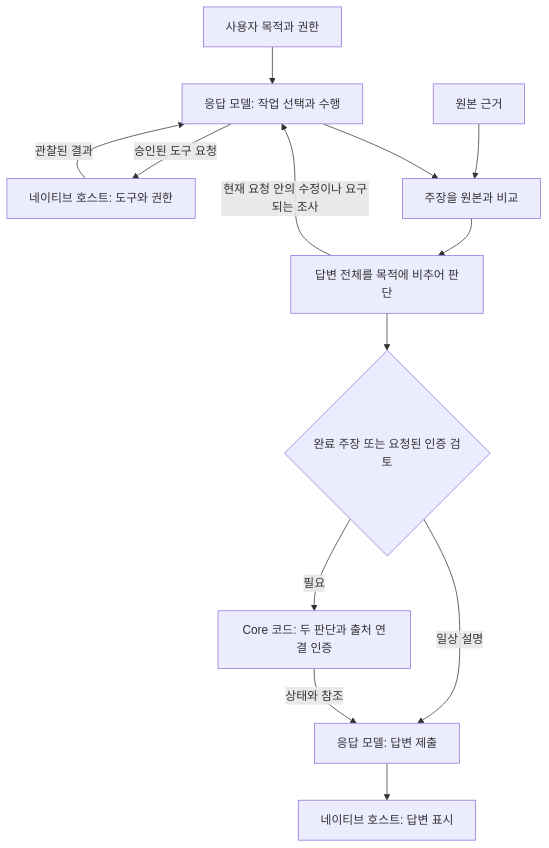
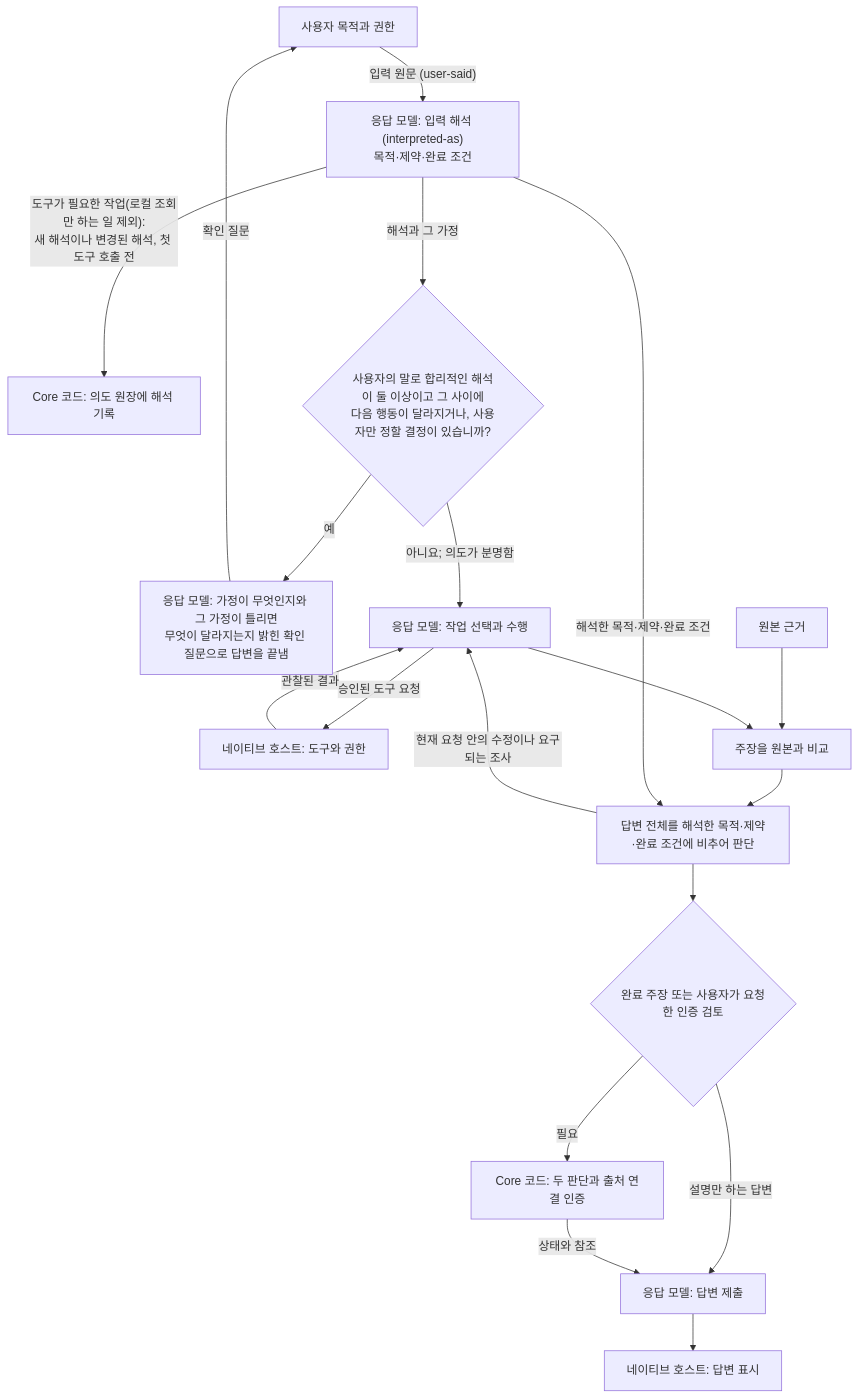
Before and after one commit to AidALL/ghost-alice: the second of 6 diagrams in architecture_ko.md, drawn with Mermaid. The commit also changed other lines of this file and 12 other files, not shown here.

````diff
--- a/architecture_ko.md
+++ b/architecture_ko.md
@@ -49,15 +49,21 @@
 ```mermaid
 flowchart TD
-  U["사용자 목적과 권한"] --> M["응답 모델: 작업 선택과 수행"]
+  U["사용자 목적과 권한"] -->|"입력 원문 (user-said)"| I["응답 모델: 입력 해석 (interpreted-as)<br/>목적·제약·완료 조건"]
+  I -->|"도구가 필요한 작업(로컬 조회만 하는 일 제외):<br/>새 해석이나 변경된 해석, 첫 도구 호출 전"| L["Core 코드: 의도 원장에 해석 기록"]
+  I -->|해석과 그 가정| Q{"사용자의 말로 합리적인 해석이 둘 이상이고 그 사이에<br/>다음 행동이 달라지거나, 사용자만 정할 결정이 있습니까?"}
+  Q -->|예| K["응답 모델: 가정이 무엇인지와 그 가정이 틀리면<br/>무엇이 달라지는지 밝힌 확인 질문으로 답변을 끝냄"]
+  K -->|확인 질문| U
+  Q -->|"아니요; 의도가 분명함"| M["응답 모델: 작업 선택과 수행"]
   M -->|승인된 도구 요청| T["네이티브 호스트: 도구와 권한"]
   T -->|관찰된 결과| M
   O["원본 근거"] --> J["주장을 원본과 비교"]
   M --> J
-  J --> W["답변 전체를 목적에 비추어 판단"]
+  J --> W["답변 전체를 해석한 목적·제약·완료 조건에 비추어 판단"]
+  I -->|"해석한 목적·제약·완료 조건"| W
   W -->|현재 요청 안의 수정이나 요구되는 조사| M
-  W --> R{"완료 주장 또는 요청된 인증 검토"}
+  W --> R{"완료 주장 또는 사용자가 요청한 인증 검토"}
   R -->|필요| C["Core 코드: 두 판단과 출처 연결 인증"]
-  R -->|일상 설명| D["응답 모델: 답변 제출"]
+  R -->|설명만 하는 답변| D["응답 모델: 답변 제출"]
   C -->|상태와 참조| D
   D --> H["네이티브 호스트: 답변 표시"]
 ```
````
